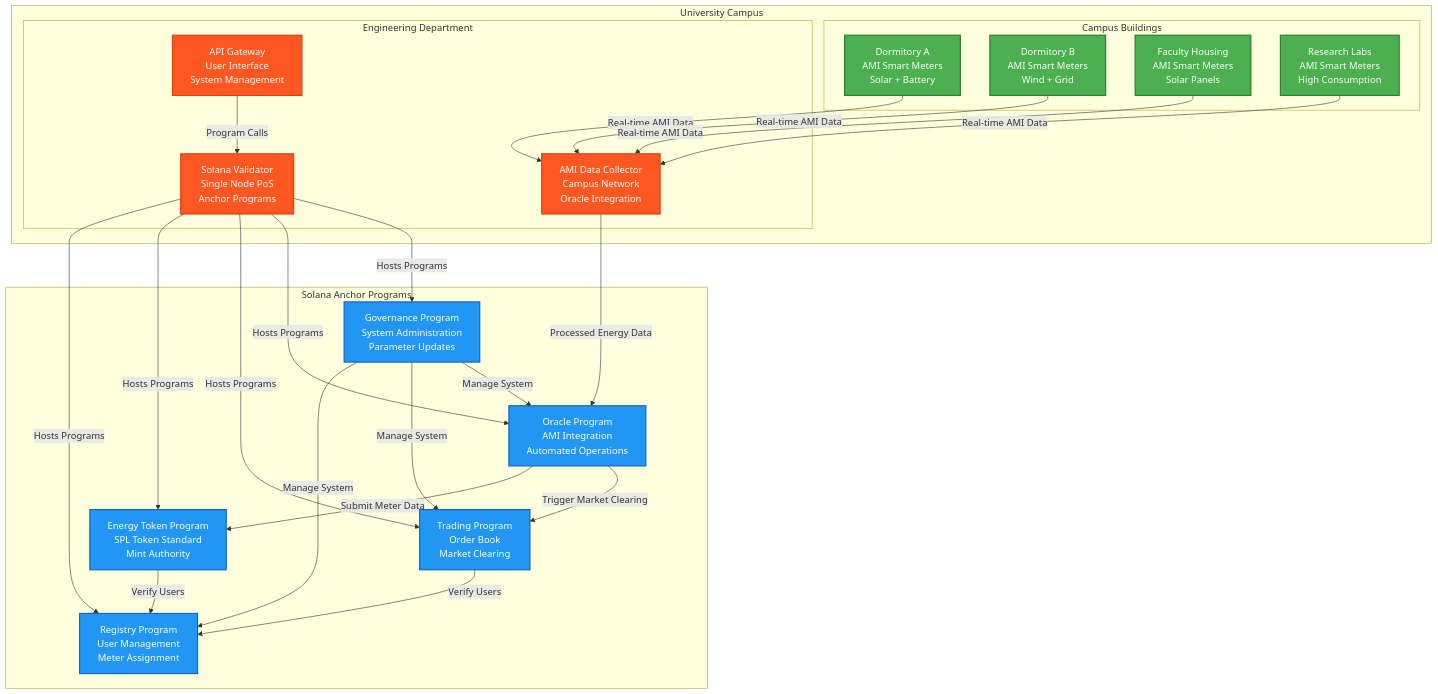
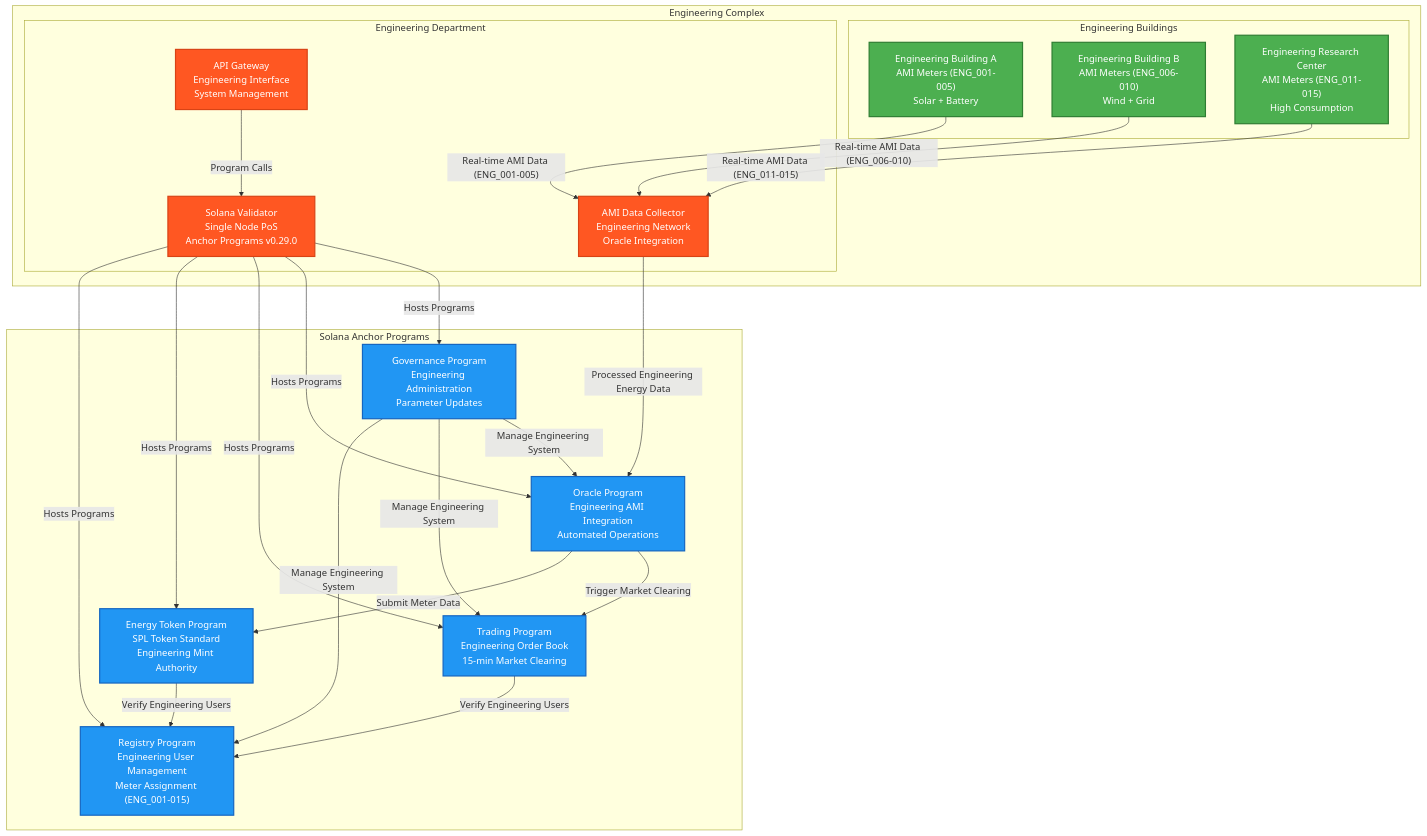
The diagram in docs/SYSTEM_ARCHITECTURE.md (NakaSato/p2p), drawn with Mermaid before and after one commit. The commit also changed other lines of this file and 59 other files, not shown here.

````diff
--- a/docs/SYSTEM_ARCHITECTURE.md
+++ b/docs/SYSTEM_ARCHITECTURE.md
@@ -60,59 +60,57 @@
 ```mermaid
 flowchart TD
-    subgraph Campus ["University Campus"]
-        subgraph Buildings ["Campus Buildings"]
-            DA["Dormitory A<br/>AMI Smart Meters<br/>Solar + Battery"]
-            DB["Dormitory B<br/>AMI Smart Meters<br/>Wind + Grid"]
-            FH["Faculty Housing<br/>AMI Smart Meters<br/>Solar Panels"]
-            RL["Research Labs<br/>AMI Smart Meters<br/>High Consumption"]
+    subgraph EngComplex ["Engineering Complex"]
+        subgraph Buildings ["Engineering Buildings"]
+            EBA["Engineering Building A<br/>AMI Meters (ENG_001-005)<br/>Solar + Battery"]
+            EBB["Engineering Building B<br/>AMI Meters (ENG_006-010)<br/>Wind + Grid"]
+            ERC["Engineering Research Center<br/>AMI Meters (ENG_011-015)<br/>High Consumption"]
         end
         
         subgraph EngDept ["Engineering Department"]
-            AMI["AMI Data Collector<br/>Campus Network<br/>Oracle Integration"]
-            SOL["Solana Validator<br/>Single Node PoS<br/>Anchor Programs"]
-            API["API Gateway<br/>User Interface<br/>System Management"]
+            AMI["AMI Data Collector<br/>Engineering Network<br/>Oracle Integration"]
+            SOL["Solana Validator<br/>Single Node PoS<br/>Anchor Programs v0.29.0"]
+            API["API Gateway<br/>Engineering Interface<br/>System Management"]
         end
     end
     
     subgraph Programs ["Solana Anchor Programs"]
-        REG["Registry Program<br/>User Management<br/>Meter Assignment"]
-        TKN["Energy Token Program<br/>SPL Token Standard<br/>Mint Authority"]
-        TRD["Trading Program<br/>Order Book<br/>Market Clearing"]
-        ORC["Oracle Program<br/>AMI Integration<br/>Automated Operations"]
-        GOV["Governance Program<br/>System Administration<br/>Parameter Updates"]
+        REG["Registry Program<br/>Engineering User Management<br/>Meter Assignment (ENG_001-015)"]
+        TKN["Energy Token Program<br/>SPL Token Standard<br/>Engineering Mint Authority"]
+        TRD["Trading Program<br/>Engineering Order Book<br/>15-min Market Clearing"]
+        ORC["Oracle Program<br/>Engineering AMI Integration<br/>Automated Operations"]
+        GOV["Governance Program<br/>Engineering Administration<br/>Parameter Updates"]
     end
     
-    %% Data flow from buildings to Engineering Dept
-    DA -->|"Real-time AMI Data"| AMI
-    DB -->|"Real-time AMI Data"| AMI
-    FH -->|"Real-time AMI Data"| AMI
-    RL -->|"Real-time AMI Data"| AMI
+    %% Data flow from Engineering buildings to Engineering Dept
+    EBA -->|"Real-time AMI Data (ENG_001-005)"| AMI
+    EBB -->|"Real-time AMI Data (ENG_006-010)"| AMI
+    ERC -->|"Real-time AMI Data (ENG_011-015)"| AMI
     
     %% Engineering Dept internal flow
-    AMI -->|"Processed Energy Data"| ORC
+    AMI -->|"Processed Engineering Energy Data"| ORC
     SOL -->|"Hosts Programs"| REG
     SOL -->|"Hosts Programs"| TKN
     SOL -->|"Hosts Programs"| TRD
     SOL -->|"Hosts Programs"| ORC
     SOL -->|"Hosts Programs"| GOV
     
     %% Program interactions
     ORC -->|"Submit Meter Data"| TKN
     ORC -->|"Trigger Market Clearing"| TRD
-    TRD -->|"Verify Users"| REG
-    TKN -->|"Verify Users"| REG
-    GOV -->|"Manage System"| REG
-    GOV -->|"Manage System"| TRD
-    GOV -->|"Manage System"| ORC
+    TRD -->|"Verify Engineering Users"| REG
+    TKN -->|"Verify Engineering Users"| REG
+    GOV -->|"Manage Engineering System"| REG
+    GOV -->|"Manage Engineering System"| TRD
+    GOV -->|"Manage Engineering System"| ORC
     
     %% User interface
     API -->|"Program Calls"| SOL
     
     classDef building fill:#4CAF50,stroke:#2E7D32,stroke-width:2px,color:#fff
     classDef engdept fill:#FF5722,stroke:#D84315,stroke-width:2px,color:#fff
     classDef program fill:#2196F3,stroke:#1565C0,stroke-width:2px,color:#fff
     
-    class DA,DB,FH,RL building
+    class EBA,EBB,ERC building
     class AMI,SOL,API engdept
     class REG,TKN,TRD,ORC,GOV program
 ```
````
